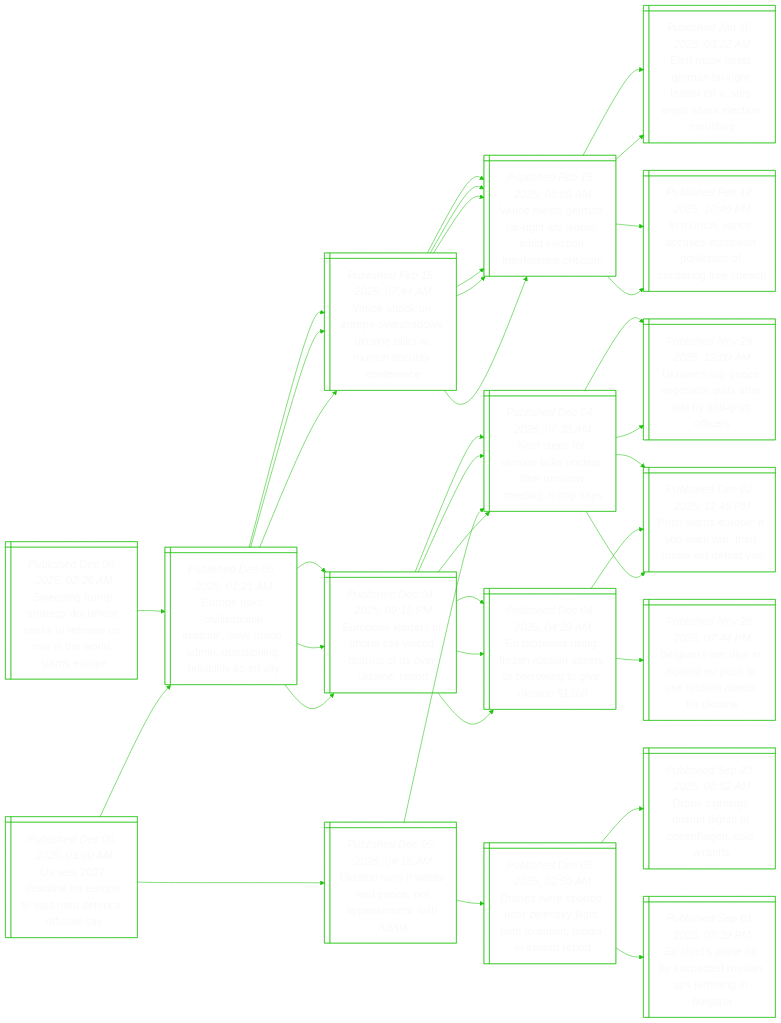
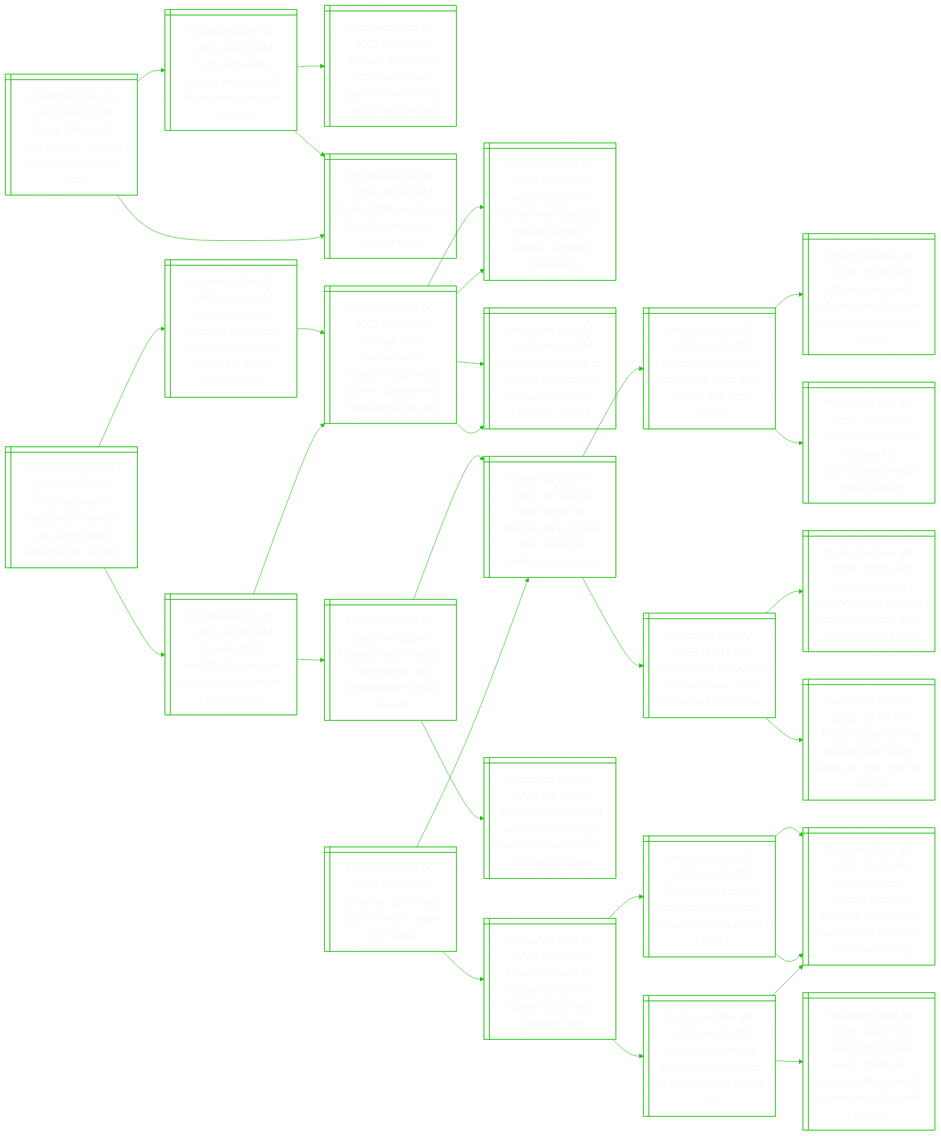
Before and after one commit to notJmes/notJmes: the diagram in README.md, drawn with Mermaid. The commit also changed other lines of this file, not shown here.

````diff
--- a/README.md
+++ b/README.md
@@ -16,121 +16,103 @@
 flowchart LR
 classDef txtsize font-size:20px;
 
+TttwaMoeWCa@{ shape: win-pane, label: "_Published Dec 06, 2025, 06:16 AM_
+Trump talks trade with canada, mexico leaders at world cup draw" }
+IsksmteAcol@{ shape: win-pane, label: "_Published Dec 06, 2025, 05:52 AM_
+‘it doesn’t make sense’: trump wants to rename american football" }
+MocWCaSAatm@{ shape: win-pane, label: "_Published Dec 06, 2025, 02:16 AM_
+Mexico to kick off 2026 world cup against south africa, us get dream draw" }
+AWCawrnr@{ shape: win-pane, label: "_Published Dec 06, 2025, 03:51 AM_
+At the 2026 world cup draw, the winner is... donald trump" }
+AWCawrnr@{ shape: win-pane, label: "_Published Dec 06, 2025, 03:51 AM_
+At the 2026 world cup draw, the winner is... donald trump" }
+
+TttwaMoeWCa:::txtsize --> IsksmteAcol:::txtsize
+IsksmteAcol:::txtsize --> MocWCaSAatm:::txtsize
+IsksmteAcol:::txtsize --> AWCawrnr:::txtsize
+TttwaMoeWCa:::txtsize --> AWCawrnr:::txtsize
+
+WYresemhiD@{ shape: win-pane, label: "_Published Dec 06, 2025, 06:14 AM_
+While you were sleeping: 5 stories you might have missed, dec 6, 2025" }
 Siurymeoarnolu@{ shape: win-pane, label: "_Published Dec 06, 2025, 02:26 AM_
 Sweeping trump strategy document seeks to reframe us’ role in the world, slams europe" }
 Eeslierspntniiay@{ shape: win-pane, label: "_Published Dec 06, 2025, 01:21 AM_
 Europe risks ‘civilisational erasure’, says trump admin, questioning reliability as an ally" }
 VakrvaUnkusinn@{ shape: win-pane, label: "_Published Feb 15, 2025, 07:44 AM_
 Vance attack on europe overshadows ukraine talks at munich security conference" }
-VmGnifdicifctm@{ shape: win-pane, label: "_Published Feb 15, 2025, 06:05 AM_
-Vance meets german far-right afd leader amid election interference criticism" }
-VmGnifdicifctm@{ shape: win-pane, label: "_Published Feb 15, 2025, 06:05 AM_
-Vance meets german far-right afd leader amid election interference criticism" }
 EeainletovrRt@{ shape: win-pane, label: "_Published Dec 04, 2025, 09:15 PM_
 European leaders in phone call voiced distrust of us over ukraine: report" }
-Ntoaanrrotra@{ shape: win-pane, label: "_Published Dec 04, 2025, 07:38 AM_
-Next steps for ukraine talks unclear after moscow meeting, trump says" }
-Epufnisrotei@{ shape: win-pane, label: "_Published Dec 04, 2025, 04:29 AM_
-Eu proposes using frozen russian assets or borrowing to give ukraine $136b" }
-
-Siurymeoarnolu:::txtsize --> Eeslierspntniiay:::txtsize
-Eeslierspntniiay:::txtsize --> VakrvaUnkusinn:::txtsize
-VakrvaUnkusinn:::txtsize --> VmGnifdicifctm:::txtsize
-VakrvaUnkusinn:::txtsize --> VmGnifdicifctm:::txtsize
-Eeslierspntniiay:::txtsize --> EeainletovrRt:::txtsize
-EeainletovrRt:::txtsize --> Ntoaanrrotra:::txtsize
-EeainletovrRt:::txtsize --> Epufnisrotei:::txtsize
-
-Eeslierspntniiay@{ shape: win-pane, label: "_Published Dec 06, 2025, 01:21 AM_
-Europe risks ‘civilisational erasure’, says trump admin, questioning reliability as an ally" }
-VakrvaUnkusinn@{ shape: win-pane, label: "_Published Feb 15, 2025, 07:44 AM_
-Vance attack on europe overshadows ukraine talks at munich security conference" }
-VmGnifdicifctm@{ shape: win-pane, label: "_Published Feb 15, 2025, 06:05 AM_
-Vance meets german far-right afd leader amid election interference criticism" }
-EusrahdXsttten@{ shape: win-pane, label: "_Published Jan 10, 2025, 03:22 AM_
-Elon musk hosts german far-right leader on x, stirs angst about election meddling" }
-IincEelifofp@{ shape: win-pane, label: "_Published Feb 14, 2025, 10:49 PM_
-In munich, vance accuses european politicians of censoring free speech" }
-VmGnifdicifctm@{ shape: win-pane, label: "_Published Feb 15, 2025, 06:05 AM_
-Vance meets german far-right afd leader amid election interference criticism" }
-EusrahdXsttten@{ shape: win-pane, label: "_Published Jan 10, 2025, 03:22 AM_
-Elon musk hosts german far-right leader on x, stirs angst about election meddling" }
-IincEelifofp@{ shape: win-pane, label: "_Published Feb 14, 2025, 10:49 PM_
-In munich, vance accuses european politicians of censoring free speech" }
-EeainletovrRt@{ shape: win-pane, label: "_Published Dec 04, 2025, 09:15 PM_
-European leaders in phone call voiced distrust of us over ukraine: report" }
-Ntoaanrrotra@{ shape: win-pane, label: "_Published Dec 04, 2025, 07:38 AM_
-Next steps for ukraine talks unclear after moscow meeting, trump says" }
-Unpetrsrbitc@{ shape: win-pane, label: "_Published Nov 29, 2025, 12:09 AM_
-Ukraine’s top peace negotiator quits after raid by anti-graft officers" }
-PwEeuwesleu@{ shape: win-pane, label: "_Published Dec 02, 2025, 11:45 PM_
-Putin warns europe: if you want war, then russia will defeat you" }
-Epufnisrotei@{ shape: win-pane, label: "_Published Dec 04, 2025, 04:29 AM_
-Eu proposes using frozen russian assets or borrowing to give ukraine $136b" }
-BudnnpountUn@{ shape: win-pane, label: "_Published Nov 28, 2025, 07:44 PM_
-Belgium’s pm digs in against eu push to use russian assets for ukraine" }
-PwEeuwesleu@{ shape: win-pane, label: "_Published Dec 02, 2025, 11:45 PM_
-Putin warns europe: if you want war, then russia will defeat you" }
-
-Eeslierspntniiay:::txtsize --> VakrvaUnkusinn:::txtsize
-VakrvaUnkusinn:::txtsize --> VmGnifdicifctm:::txtsize
-VmGnifdicifctm:::txtsize --> EusrahdXsttten:::txtsize
-VmGnifdicifctm:::txtsize --> IincEelifofp:::txtsize
-VakrvaUnkusinn:::txtsize --> VmGnifdicifctm:::txtsize
-VmGnifdicifctm:::txtsize --> EusrahdXsttten:::txtsize
-VmGnifdicifctm:::txtsize --> IincEelifofp:::txtsize
-Eeslierspntniiay:::txtsize --> EeainletovrRt:::txtsize
-EeainletovrRt:::txtsize --> Ntoaanrrotra:::txtsize
-Ntoaanrrotra:::txtsize --> Unpetrsrbitc:::txtsize
-Ntoaanrrotra:::txtsize --> PwEeuwesleu:::txtsize
-EeainletovrRt:::txtsize --> Epufnisrotei:::txtsize
-Epufnisrotei:::txtsize --> BudnnpountUn:::txtsize
-Epufnisrotei:::txtsize --> PwEeuwesleu:::txtsize
-
 UsloolAfoia@{ shape: win-pane, label: "_Published Dec 06, 2025, 01:00 AM_
 Us sets 2027 deadline for europe to lead nato defence, officials say" }
 UnsnacastRa@{ shape: win-pane, label: "_Published Dec 05, 2025, 04:16 AM_
 Ukraine says it wants ‘real peace, not appeasement’ with russia" }
 Ntoaanrrotra@{ shape: win-pane, label: "_Published Dec 04, 2025, 07:38 AM_
 Next steps for ukraine talks unclear after moscow meeting, trump says" }
-Unpetrsrbitc@{ shape: win-pane, label: "_Published Nov 29, 2025, 12:09 AM_
-Ukraine’s top peace negotiator quits after raid by anti-graft officers" }
-PwEeuwesleu@{ shape: win-pane, label: "_Published Dec 02, 2025, 11:45 PM_
-Putin warns europe: if you want war, then russia will defeat you" }
 Dssernlpoiirdr@{ shape: win-pane, label: "_Published Dec 05, 2025, 02:50 AM_
 Drones were spotted near zelensky flight path to dublin, media in ireland report" }
-DsiithChOit@{ shape: win-pane, label: "_Published Sep 23, 2025, 08:52 AM_
-Drone sightings disrupt flights at copenhagen, oslo airports" }
-EeatsesPmna@{ shape: win-pane, label: "_Published Sep 01, 2025, 07:39 PM_
-Eu chief’s plane hit by suspected russian gps jamming in bulgaria" }
 Eeslierspntniiay@{ shape: win-pane, label: "_Published Dec 06, 2025, 01:21 AM_
 Europe risks ‘civilisational erasure’, says trump admin, questioning reliability as an ally" }
 VakrvaUnkusinn@{ shape: win-pane, label: "_Published Feb 15, 2025, 07:44 AM_
 Vance attack on europe overshadows ukraine talks at munich security conference" }
-VmGnifdicifctm@{ shape: win-pane, label: "_Published Feb 15, 2025, 06:05 AM_
-Vance meets german far-right afd leader amid election interference criticism" }
-VmGnifdicifctm@{ shape: win-pane, label: "_Published Feb 15, 2025, 06:05 AM_
-Vance meets german far-right afd leader amid election interference criticism" }
 EeainletovrRt@{ shape: win-pane, label: "_Published Dec 04, 2025, 09:15 PM_
 European leaders in phone call voiced distrust of us over ukraine: report" }
+
+WYresemhiD:::txtsize --> Siurymeoarnolu:::txtsize
+Siurymeoarnolu:::txtsize --> Eeslierspntniiay:::txtsize
+Eeslierspntniiay:::txtsize --> VakrvaUnkusinn:::txtsize
+Eeslierspntniiay:::txtsize --> EeainletovrRt:::txtsize
+WYresemhiD:::txtsize --> UsloolAfoia:::txtsize
+UsloolAfoia:::txtsize --> UnsnacastRa:::txtsize
+UnsnacastRa:::txtsize --> Ntoaanrrotra:::txtsize
+UnsnacastRa:::txtsize --> Dssernlpoiirdr:::txtsize
+UsloolAfoia:::txtsize --> Eeslierspntniiay:::txtsize
+Eeslierspntniiay:::txtsize --> VakrvaUnkusinn:::txtsize
+Eeslierspntniiay:::txtsize --> EeainletovrRt:::txtsize
+
+Unotimsoi@{ shape: win-pane, label: "_Published Dec 06, 2025, 05:01 AM_
+Ukraine, us to hold talks in miami, says kyiv official" }
+Ucnkefunmos@{ shape: win-pane, label: "_Published Nov 26, 2025, 02:13 PM_
+Us peace plan for ukraine drew from russian document, sources say" }
+Tsodirisohe@{ shape: win-pane, label: "_Published Nov 26, 2025, 09:30 AM_
+Trump says no firm deadline for ukraine, russia to reach peace deal" }
+Zsyaeonaalusdthp@{ shape: win-pane, label: "_Published Nov 26, 2025, 02:45 AM_
+Zelensky says ukraine ready to advance peace plan, will discuss disputed points with trump" }
+Zsyaeonaalusdthp@{ shape: win-pane, label: "_Published Nov 26, 2025, 02:45 AM_
+Zelensky says ukraine ready to advance peace plan, will discuss disputed points with trump" }
+UnlyorpfStd@{ shape: win-pane, label: "_Published Nov 26, 2025, 05:08 AM_
+Ukraine’s zelensky welcomes ‘principles’ of new us draft to end war" }
+Zsyaeonaalusdthp@{ shape: win-pane, label: "_Published Nov 26, 2025, 02:45 AM_
+Zelensky says ukraine ready to advance peace plan, will discuss disputed points with trump" }
+Feryaoilnoeewke@{ shape: win-pane, label: "_Published Nov 26, 2025, 03:17 AM_
+France’s macron says ‘clearly no russian willingness to agree ceasefire’ with ukraine" }
 Ntoaanrrotra@{ shape: win-pane, label: "_Published Dec 04, 2025, 07:38 AM_
 Next steps for ukraine talks unclear after moscow meeting, trump says" }
-Epufnisrotei@{ shape: win-pane, label: "_Published Dec 04, 2025, 04:29 AM_
-Eu proposes using frozen russian assets or borrowing to give ukraine $136b" }
+Unpetrsrbitc@{ shape: win-pane, label: "_Published Nov 29, 2025, 12:09 AM_
+Ukraine’s top peace negotiator quits after raid by anti-graft officers" }
+Unitcehfncof@{ shape: win-pane, label: "_Published Nov 28, 2025, 04:19 PM_
+Ukraine anti-graft officers search home of zelensky’s chief of staff" }
+CZslufetarc@{ shape: win-pane, label: "_Published Nov 12, 2025, 06:54 AM_
+Close zelensky ally accused of orchestrating major graft scheme" }
+PwEeuwesleu@{ shape: win-pane, label: "_Published Dec 02, 2025, 11:45 PM_
+Putin warns europe: if you want war, then russia will defeat you" }
+UntaluneBScyca@{ shape: win-pane, label: "_Published Nov 29, 2025, 08:09 PM_
+Ukraine hit two ‘shadow fleet’ russian tankers in black sea, security official says" }
+TstUnrssllu@{ shape: win-pane, label: "_Published Dec 02, 2025, 02:04 PM_
+Trump’s push to end ukraine war raises fears of ‘ugly deal’ for europe" }
 
-UsloolAfoia:::txtsize --> UnsnacastRa:::txtsize
-UnsnacastRa:::txtsize --> Ntoaanrrotra:::txtsize
+Unotimsoi:::txtsize --> Ucnkefunmos:::txtsize
+Ucnkefunmos:::txtsize --> Tsodirisohe:::txtsize
+Tsodirisohe:::txtsize --> Zsyaeonaalusdthp:::txtsize
+Tsodirisohe:::txtsize --> Zsyaeonaalusdthp:::txtsize
+Ucnkefunmos:::txtsize --> UnlyorpfStd:::txtsize
+UnlyorpfStd:::txtsize --> Zsyaeonaalusdthp:::txtsize
+UnlyorpfStd:::txtsize --> Feryaoilnoeewke:::txtsize
+Unotimsoi:::txtsize --> Ntoaanrrotra:::txtsize
 Ntoaanrrotra:::txtsize --> Unpetrsrbitc:::txtsize
+Unpetrsrbitc:::txtsize --> Unitcehfncof:::txtsize
+Unpetrsrbitc:::txtsize --> CZslufetarc:::txtsize
 Ntoaanrrotra:::txtsize --> PwEeuwesleu:::txtsize
-UnsnacastRa:::txtsize --> Dssernlpoiirdr:::txtsize
-Dssernlpoiirdr:::txtsize --> DsiithChOit:::txtsize
-Dssernlpoiirdr:::txtsize --> EeatsesPmna:::txtsize
-UsloolAfoia:::txtsize --> Eeslierspntniiay:::txtsize
-Eeslierspntniiay:::txtsize --> VakrvaUnkusinn:::txtsize
-VakrvaUnkusinn:::txtsize --> VmGnifdicifctm:::txtsize
-VakrvaUnkusinn:::txtsize --> VmGnifdicifctm:::txtsize
-Eeslierspntniiay:::txtsize --> EeainletovrRt:::txtsize
-EeainletovrRt:::txtsize --> Ntoaanrrotra:::txtsize
-EeainletovrRt:::txtsize --> Epufnisrotei:::txtsize
+PwEeuwesleu:::txtsize --> UntaluneBScyca:::txtsize
+PwEeuwesleu:::txtsize --> TstUnrssllu:::txtsize
 
 ```
````
